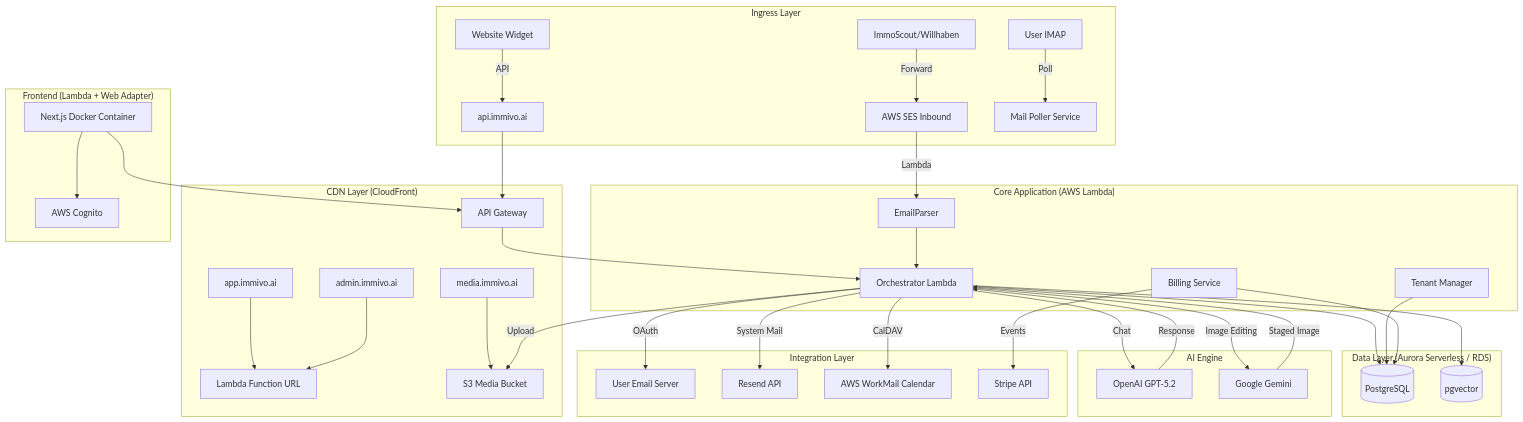
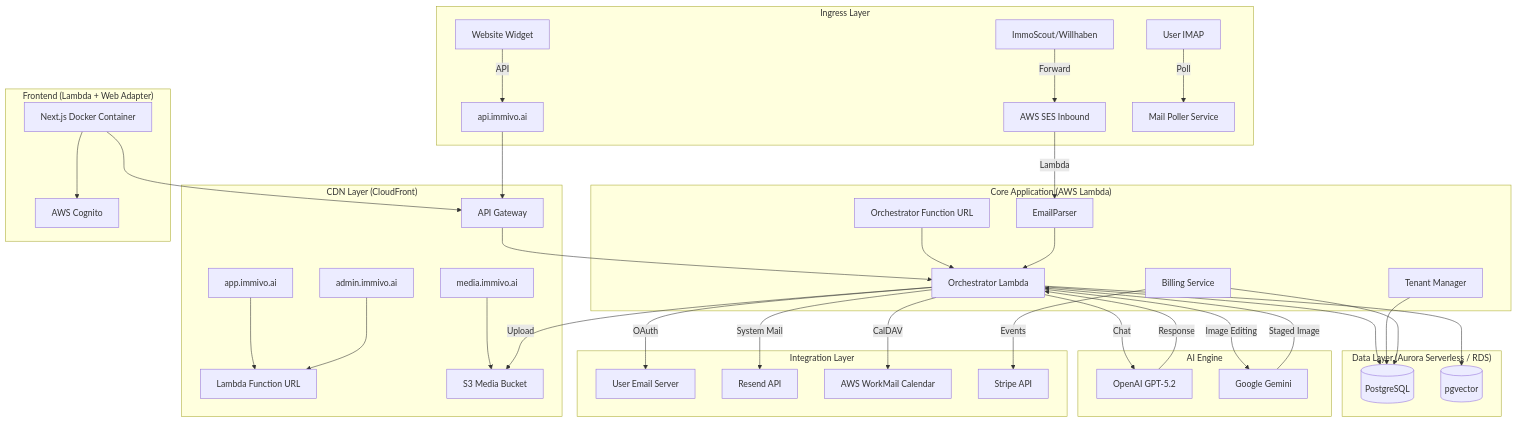
The diagram in docs/ARCHITECTURE.md (option-ai-aut/neuroconcepts), drawn with Mermaid before and after one commit. The commit also changed other lines of this file and 5 other files, not shown here.

Commit message:
docs: update architecture docs for Function URL, short prompt, lazy-loading

````diff
--- a/docs/ARCHITECTURE.md
+++ b/docs/ARCHITECTURE.md
@@ -7,56 +7,57 @@
 ```mermaid
 graph TD
     subgraph "Ingress Layer"
         Portal[ImmoScout/Willhaben] -->|Forward| SES[AWS SES Inbound]
         Web[Website Widget] -->|API| CF_API
         UserMail[User IMAP] -->|Poll| Poller[Mail Poller Service]
     end
 
     subgraph "CDN Layer (CloudFront)"
         CF_App[app.immivo.ai] --> FrontendUrl
         CF_API[api.immivo.ai] --> API[API Gateway]
         CF_Admin[admin.immivo.ai] --> FrontendUrl
         CF_Media[media.immivo.ai] --> MediaBucket[S3 Media Bucket]
     end
 
     subgraph "Core Application (AWS Lambda)"
         API --> Orchestrator
+        FnURLOrch[Orchestrator Function URL] --> Orchestrator
         SES -->|Lambda| EmailParser
         EmailParser --> Orchestrator
         
         Orchestrator[Orchestrator Lambda]
         TenantMgr[Tenant Manager]
         Billing[Billing Service]
     end
 
     subgraph "Data Layer (Aurora Serverless / RDS)"
         DB[(PostgreSQL)]
         Vector[(pgvector)]
     end
 
     subgraph "AI Engine"
         Orchestrator -->|Chat| OpenAI[OpenAI GPT-5.2]
         Orchestrator -->|Image Editing| Gemini[Google Gemini]
         OpenAI -->|Response| Orchestrator
         Gemini -->|Staged Image| Orchestrator
     end
 
     subgraph "Integration Layer"
         Orchestrator -->|OAuth| UserSMTP[User Email Server]
         Orchestrator -->|System Mail| Resend[Resend API]
         Orchestrator -->|CalDAV| WorkMail[AWS WorkMail Calendar]
         Billing -->|Events| Stripe[Stripe API]
     end
 
     subgraph "Frontend (Lambda + Web Adapter)"
         FrontendUrl[Lambda Function URL]
         NextJS[Next.js Docker Container] --> API
         NextJS --> Cognito[AWS Cognito]
     end
 
     Orchestrator --> DB
     Orchestrator --> Vector
     Orchestrator -->|Upload| MediaBucket
     TenantMgr --> DB
     Billing --> DB
 ```
````
